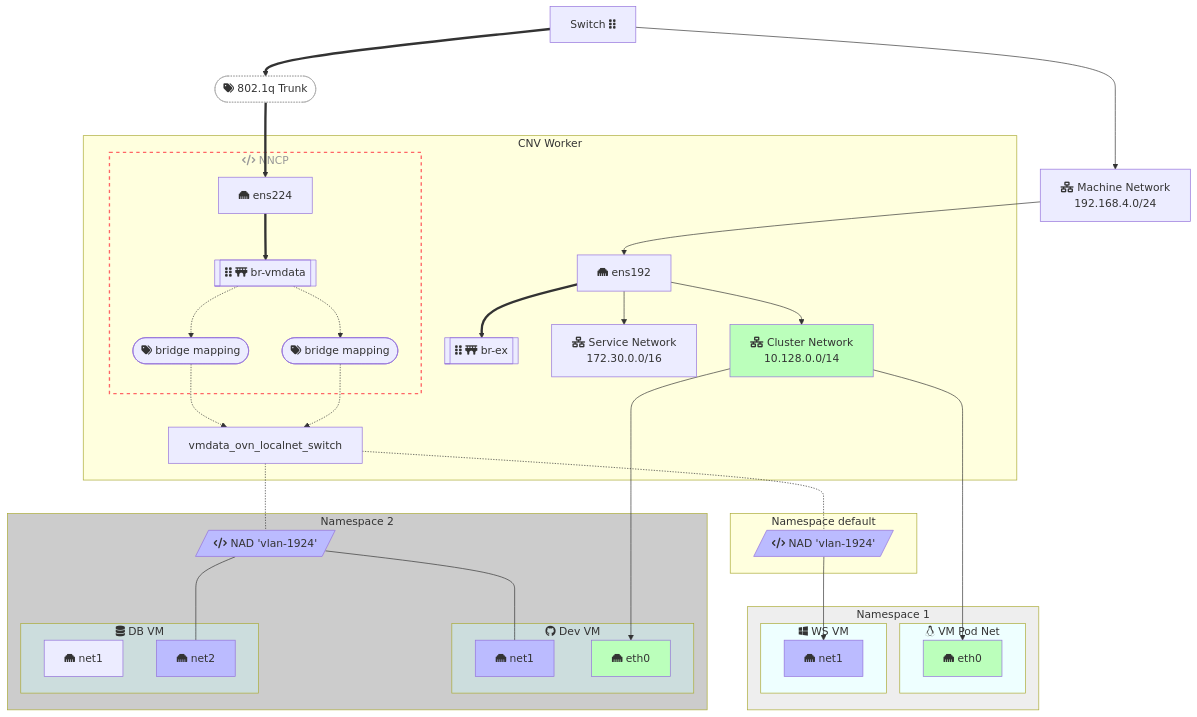
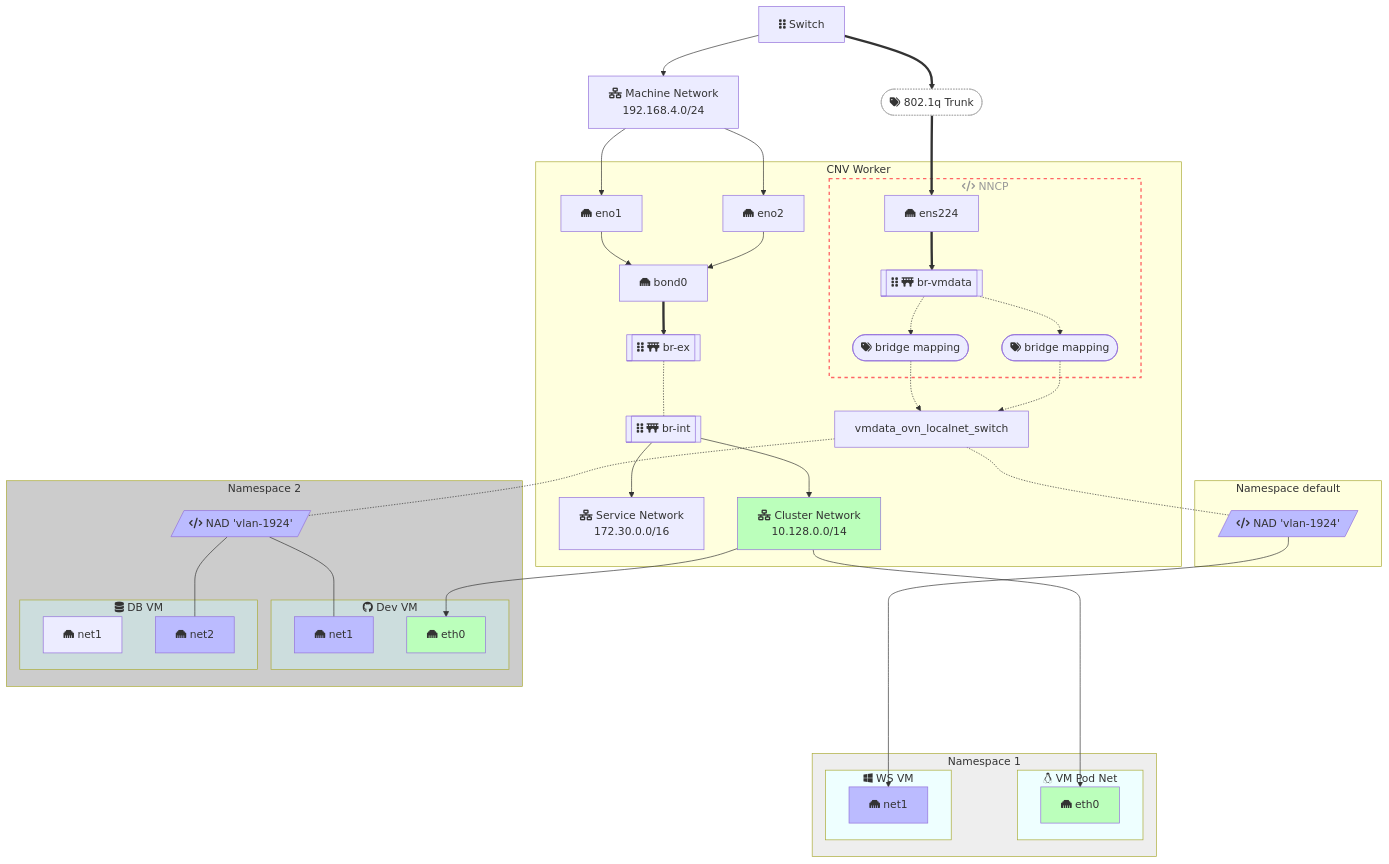
Before and after one commit to dlbewley/guifreelife-src: the first of 3 diagrams in content/blog/Open-Virtual-Networking-with-OpenShift-Virtualization.md, drawn with Mermaid. The commit also changed other lines of this file, not shown here.

````diff
--- a/content/blog/Open-Virtual-Networking-with-OpenShift-Virtualization.md
+++ b/content/blog/Open-Virtual-Networking-with-OpenShift-Virtualization.md
@@ -268,19 +268,26 @@
 ```mermaid
 graph TD;
 
-  switch["Switch fa:fa-grip-vertical"]
+  switch["fa:fa-grip-vertical Switch"]
   machinenet["fa:fa-network-wired Machine Network<br> 192.168.4.0/24"]
-  switch --> machinenet --> ens192
+  switch --> machinenet --> eno1
+             machinenet --> eno2
   switch ==> T(["fa:fa-tags 802.1q Trunk"]) ==> ens224[ens224]
 
   subgraph node["CNV Worker"]
-    ens192["fa:fa-ethernet ens192"]
-    ens192 ==> br-ex[["fa:fa-grip-vertical fa:fa-bridge br-ex"]]
+    eno1["fa:fa-ethernet eno1"]
+    eno2["fa:fa-ethernet eno2"]
+    eno1 --> bond0
+    eno2 --> bond0
+    bond0["fa:fa-ethernet bond0"]
+    bond0 ==> br-ex[["fa:fa-grip-vertical fa:fa-bridge br-ex"]]
+    br-int[["fa:fa-grip-vertical fa:fa-bridge br-int"]]
+    br-ex -.- br-int
     servicenet["fa:fa-network-wired Service Network<br> 172.30.0.0/16"]
     clusternet["fa:fa-network-wired Cluster Network<br> 10.128.0.0/14"]
 
-    ens192 --> servicenet
-    ens192 --> clusternet
+    br-int --> servicenet
+    br-int --> clusternet
 
     subgraph nncp["fa:fa-code NNCP"]
       ens224["fa:fa-ethernet ens224"]
````
